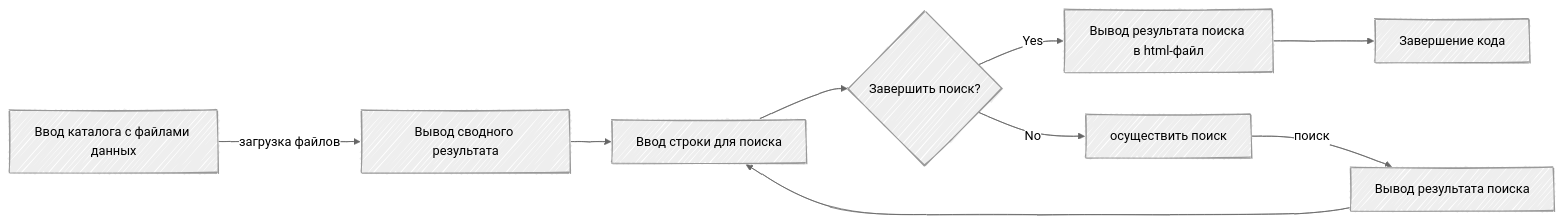
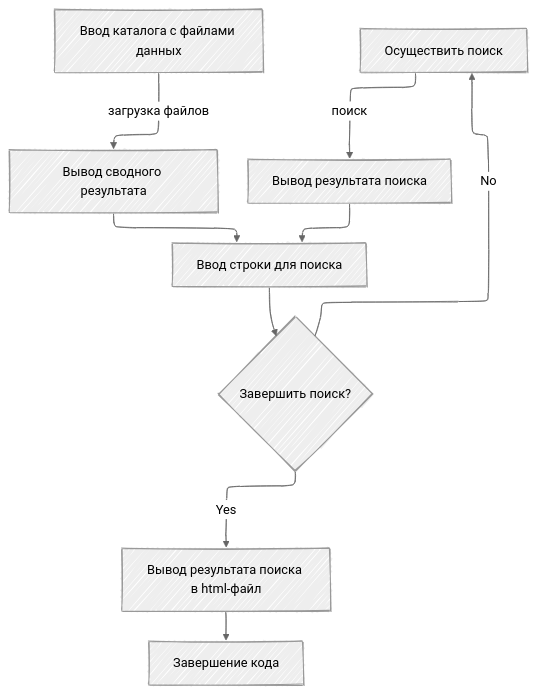
One commit to Topotun77/Price-list changed the diagram in README.md. Above: the diagram before and after it, drawn with Mermaid.

````diff
--- a/README.md
+++ b/README.md
@@ -38,16 +38,20 @@
 ```mermaid
 ---
 config:
+  layout: elk
   look: handDrawn
   theme: neutral
+  elk:
+    mergeEdges: false
+    nodePlacementStrategy: LINEAR_SEGMENTS
 ---
-flowchart LR
-  input[Ввод каталога с файлами данных] -- "загрузка файлов" --> output[Вывод сводного результата]
+flowchart TB
+  input[Ввод каталога с файлами данных] --> |загрузка файлов| output[Вывод сводного результата]
   output --> input_search[Ввод строки для поиска]
   input_search --> if_search{Завершить поиск?}
   if_search --> |Yes| output_search_html[Вывод результата поиска в html-файл]
-  if_search -- "No" --> search_str[осуществить поиск]
-  search_str -- "поиск"  --> output_search[Вывод результата поиска]
+  if_search --> |No| search_str[Осуществить поиск]
+  search_str --> |поиск| output_search[Вывод результата поиска]
   output_search_html --> end_kod[Завершение кода]
   output_search --> input_search
 ```
````
